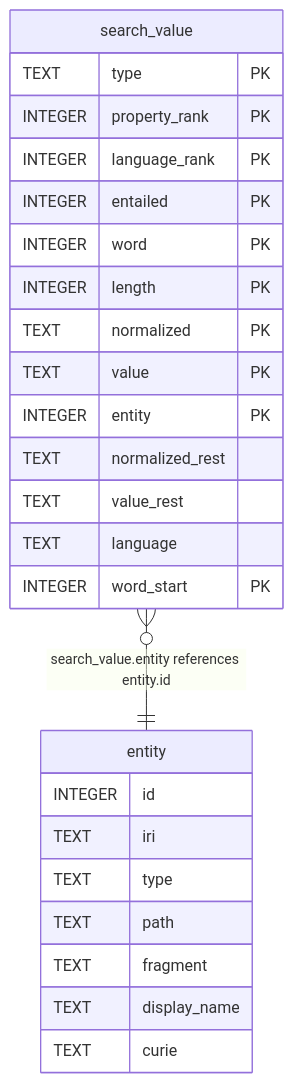
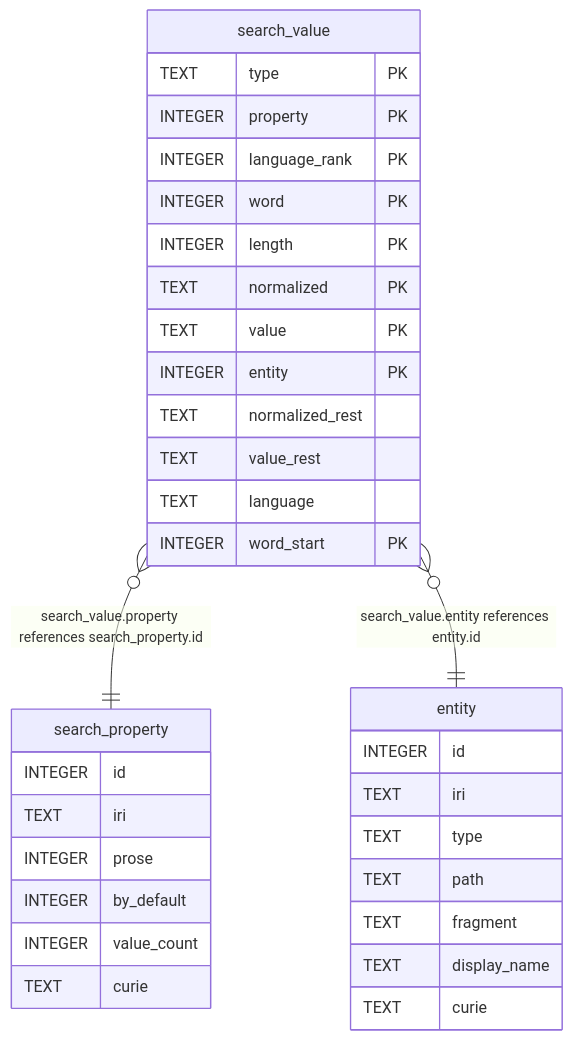
One commit to jclerman/browl changed the diagram in docs/schema/derived/search_value.md. Above: the diagram before and after it, drawn with Mermaid. The commit also changed other lines of this file and 34 other files, not shown here.

First line of the commit message:
P-42: Search every annotation property's name-like values (#142)

````diff
--- a/docs/schema/derived/search_value.md
+++ b/docs/schema/derived/search_value.md
@@ -73,30 +70,38 @@
 ```mermaid
 erDiagram
 
+"search_value" }o--|| "search_property" : "search_value.property references search_property.id"
 "search_value" }o--|| "entity" : "search_value.entity references entity.id"
 
 "search_value" {
   TEXT type PK
-  INTEGER property_rank PK
+  INTEGER property PK
   INTEGER language_rank PK
-  INTEGER entailed PK
   INTEGER word PK
   INTEGER length PK
   TEXT normalized PK
   TEXT value PK
   INTEGER entity PK
   TEXT normalized_rest
   TEXT value_rest
   TEXT language
   INTEGER word_start PK
+}
+"search_property" {
+  INTEGER id
+  TEXT iri
+  INTEGER prose
+  INTEGER by_default
+  INTEGER value_count
+  TEXT curie
 }
 "entity" {
   INTEGER id
   TEXT iri
   TEXT type
   TEXT path
   TEXT fragment
   TEXT display_name
   TEXT curie
 }
 ```
````
